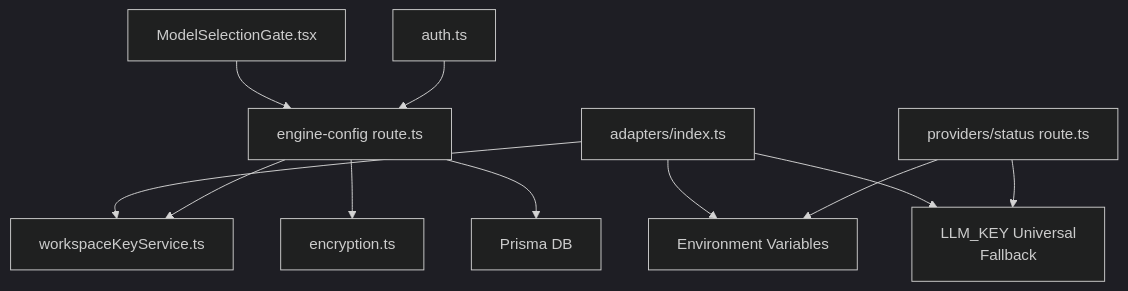
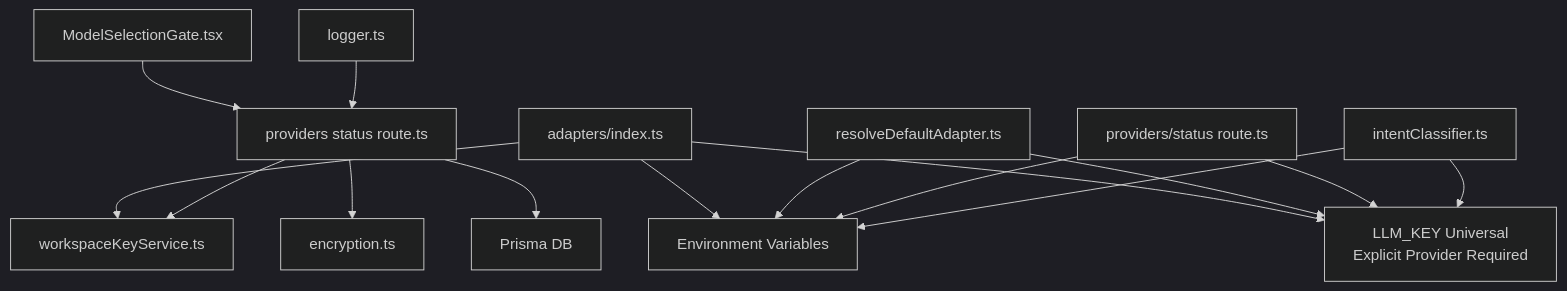
Before and after one commit to shekhargiri005-dotcom/AI-powered-accessibility-first-UI-engine: diagram 11 of 11 in .qoder/repowiki/en/content/AI Generation Engine/AI Provider Adapters/Configuration & Authentication Management.md, drawn with Mermaid (dark theme). The commit also changed other lines of this file and 20 other files, not shown here.

````diff
--- a/.qoder/repowiki/en/content/AI Generation Engine/AI Provider Adapters/Configuration & Authentication Management.md
+++ b/.qoder/repowiki/en/content/AI Generation Engine/AI Provider Adapters/Configuration & Authentication Management.md
@@ -330,13 +454,17 @@
 ```mermaid
 graph TB
 ADP["adapters/index.ts"] --> WKS["workspaceKeyService.ts"]
 ADP --> ENV["Environment Variables"]
-ADP --> LLM["LLM_KEY Universal<br/>Fallback"]
-API["engine-config route.ts"] --> WKS
+ADP --> LLM["LLM_KEY Universal<br/>Explicit Provider Required"]
+RDA["resolveDefaultAdapter.ts"] --> ENV
+RDA --> LLM
+API["providers status route.ts"] --> WKS
 API --> ENC["encryption.ts"]
 API --> PRISMA["Prisma DB"]
 UI["ModelSelectionGate.tsx"] --> API
-AUTH["auth.ts"] --> API
 PS["providers/status route.ts"] --> ENV
 PS --> LLM
+INT["intentClassifier.ts"] --> ENV
+INT --> LLM
+LOG["logger.ts"] --> API
 ```
````
